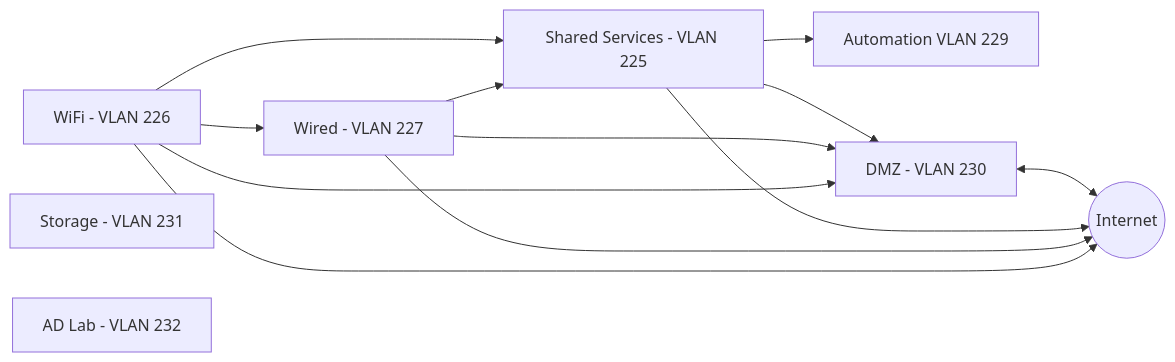
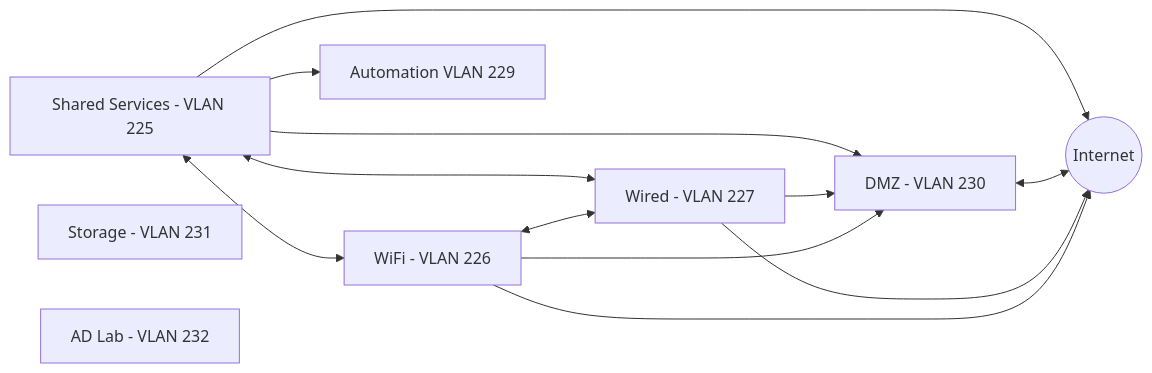
The second of 2 diagrams in docs/infrastructure/network_layout.md (leigh-hackspace/HackspaceWiki), drawn with Mermaid before and after one commit.

Commit message:
Update VLAN layout

````diff
--- a/docs/infrastructure/network_layout.md
+++ b/docs/infrastructure/network_layout.md
@@ -82,25 +82,27 @@
 ```mermaid
 graph LR
     INTERNET((Internet))
     SHARED[Shared Services - VLAN 225]
     WiFi[WiFi - VLAN 226]
     WIRED[Wired - VLAN 227]
     AUTOMATION[Automation VLAN 229]
     DMZ[DMZ - VLAN 230]
     STORAGE[Storage - VLAN 231]
     ADLAB[AD Lab - VLAN 232]
 
+    SHARED --> INTERNET
+    SHARED --> DMZ
+    SHARED --> AUTOMATION
+    SHARED <--> WiFi
+    SHARED <--> WIRED
+
     DMZ <--> INTERNET
-    SHARED --> INTERNET
+
+    WIRED --> DMZ
     WIRED --> INTERNET
+
+    WiFi --> DMZ
     WiFi --> INTERNET
+    WiFi <--> WIRED
 
-    SHARED --> DMZ
-    WIRED --> DMZ
-    WiFi --> DMZ
-    
-    WiFi --> SHARED
-    WIRED --> SHARED
-    WiFi --> WIRED
-    SHARED --> AUTOMATION
 ```
````
